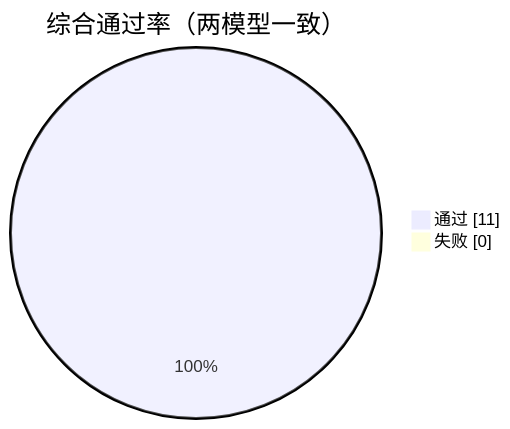
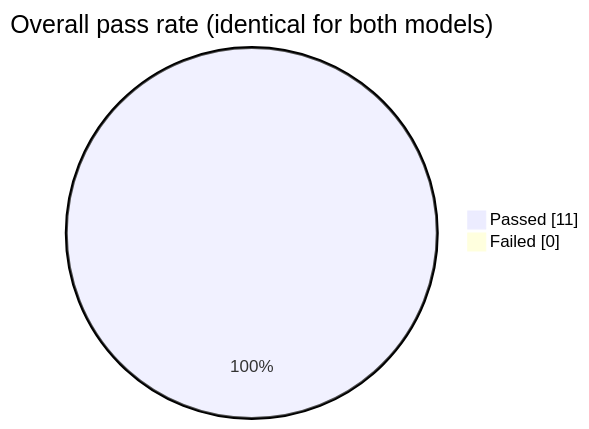
The second of 4 diagrams in benchmark/REPORT.md (fuxicodex/Fuxi), drawn with Mermaid before and after one commit. The commit also changed other lines of this file and 2 other files, not shown here.

````diff
--- a/benchmark/REPORT.md
+++ b/benchmark/REPORT.md
@@ -122,6 +124,6 @@
 ```mermaid
 pie showData
-    title 综合通过率（两模型一致）
-    "通过" : 11
-    "失败" : 0
+    title Overall pass rate (identical for both models)
+    "Passed" : 11
+    "Failed" : 0
 ```
````
